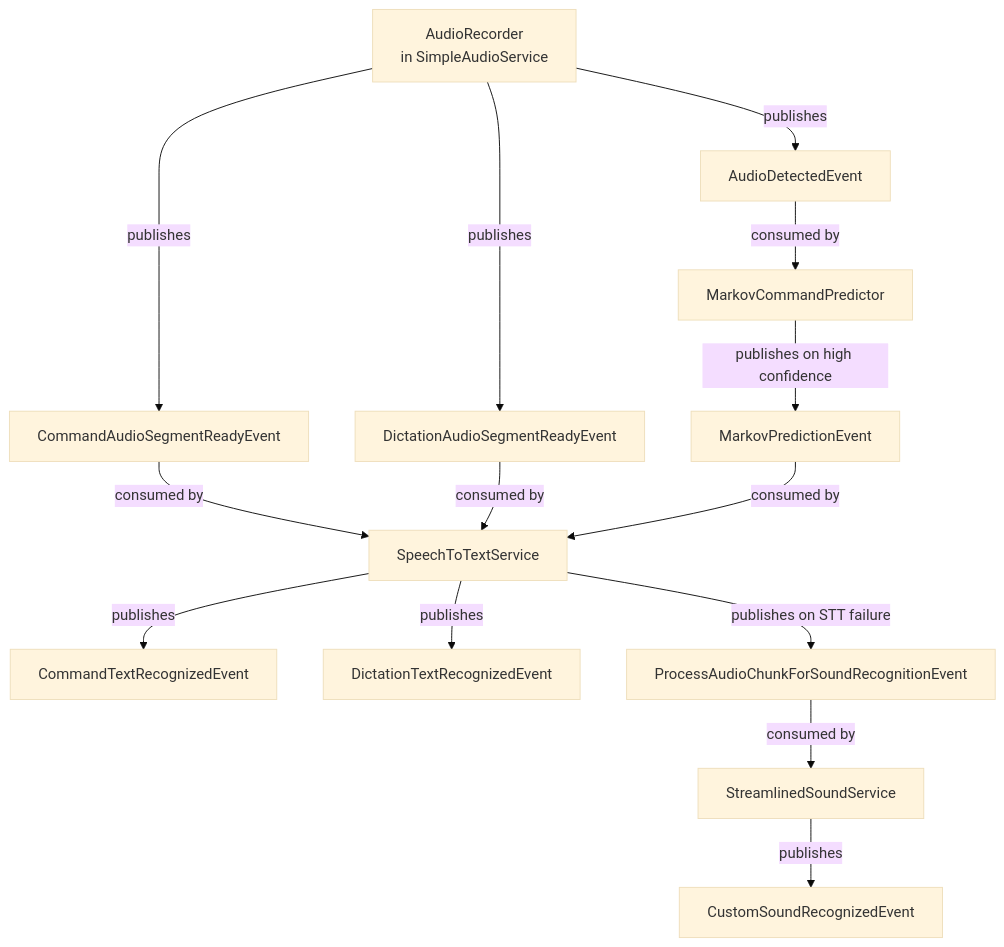
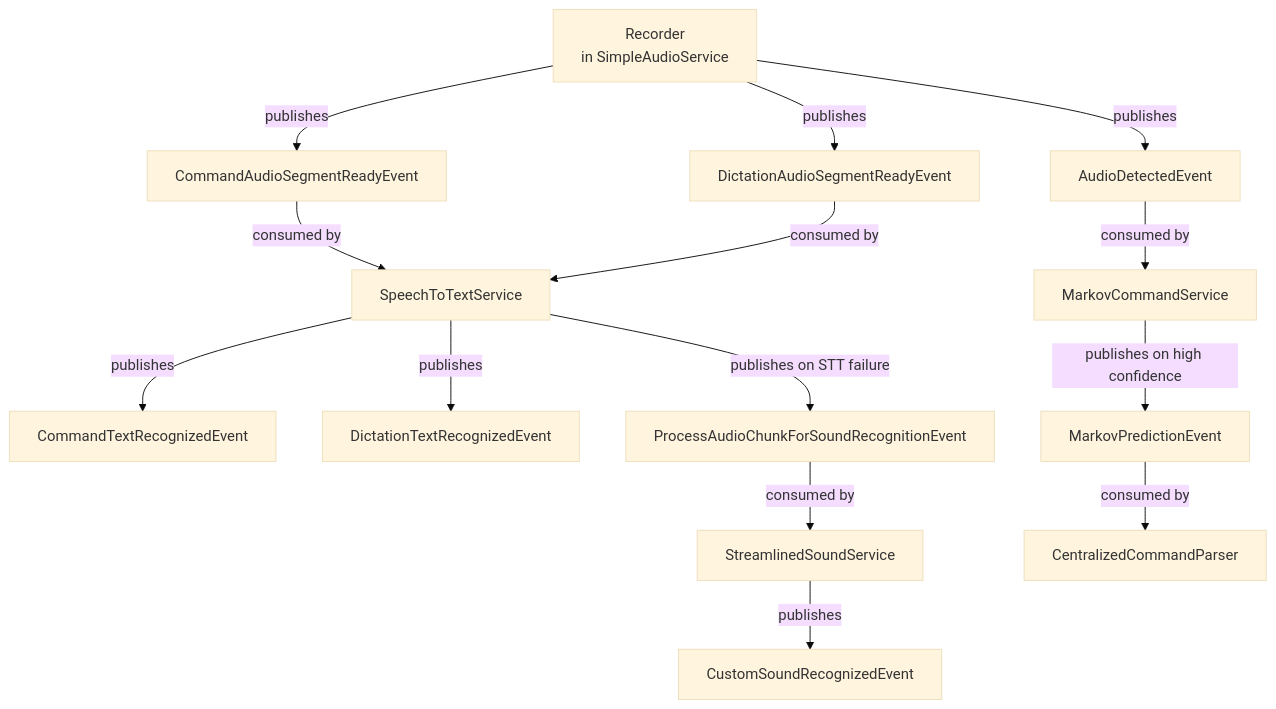
One commit to rick12000/vocalance changed the second of 7 diagrams in docs/developer/services.rst. Above: the diagram before and after it, drawn with Mermaid (base theme). The commit also changed other lines of this file and 27 other files, not shown here.

```diff
--- a/docs/developer/services.rst
+++ b/docs/developer/services.rst
@@ -185,20 +208,20 @@
 .. mermaid::
 
    graph TB
-   AudioRecorder[AudioRecorder<br/>in SimpleAudioService] -->|publishes| CmdAudio[CommandAudioSegmentReadyEvent]
-   AudioRecorder -->|publishes| DictAudio[DictationAudioSegmentReadyEvent]
-   AudioRecorder -->|publishes| AudioDetected[AudioDetectedEvent]
+   Recorder[Recorder<br/>in SimpleAudioService] -->|publishes| CmdAudio[CommandAudioSegmentReadyEvent]
+   Recorder -->|publishes| DictAudio[DictationAudioSegmentReadyEvent]
+   Recorder -->|publishes| AudioDetected[AudioDetectedEvent]
 
    CmdAudio -->|consumed by| STTService[SpeechToTextService]
    DictAudio -->|consumed by| STTService
-   AudioDetected -->|consumed by| MarkovPredictor[MarkovCommandPredictor]
+   AudioDetected -->|consumed by| MarkovPredictor[MarkovCommandService]
 
    STTService -->|publishes| CmdText[CommandTextRecognizedEvent]
    STTService -->|publishes| DictText[DictationTextRecognizedEvent]
    STTService -->|publishes on STT failure| SoundEvent[ProcessAudioChunkForSoundRecognitionEvent]
 
    SoundEvent -->|consumed by| SoundService[StreamlinedSoundService]
    SoundService -->|publishes| CustomSound[CustomSoundRecognizedEvent]
 
    MarkovPredictor -->|publishes on high confidence| MarkovPred[MarkovPredictionEvent]
-   MarkovPred -->|consumed by| STTService
+   MarkovPred -->|consumed by| Parser[CentralizedCommandParser]
```
